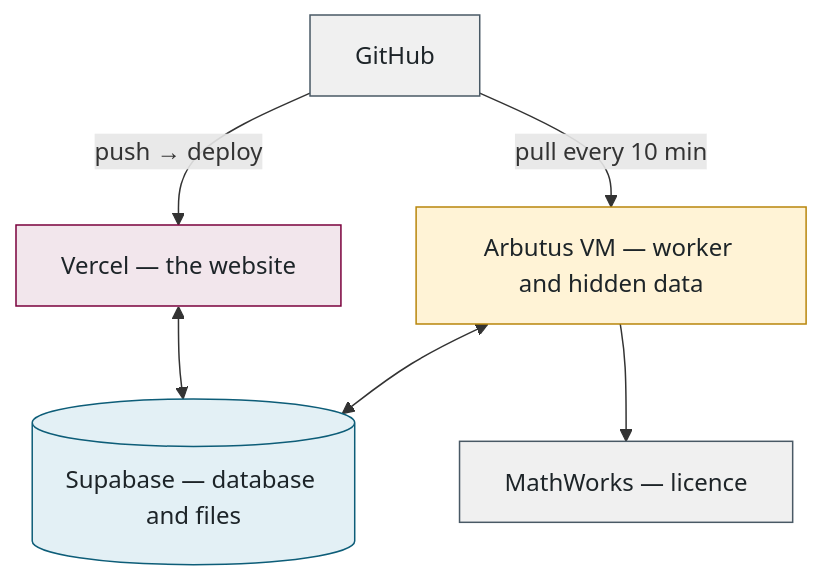
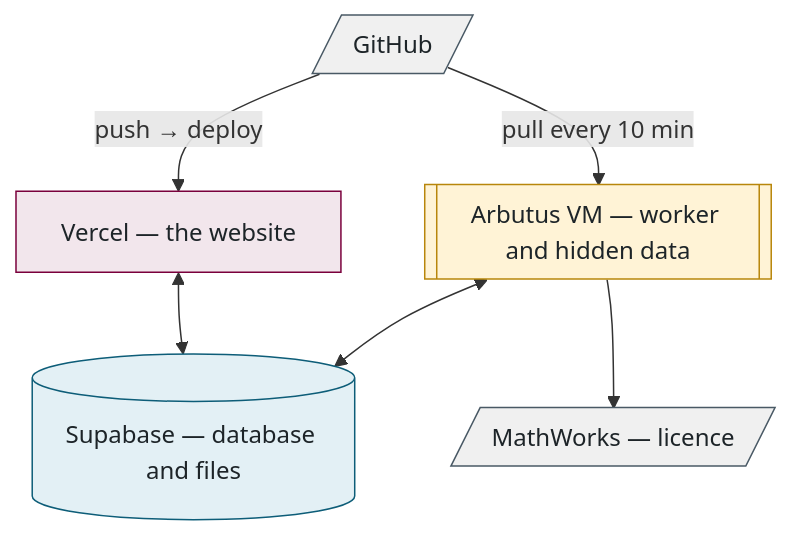
The tenth of 11 diagrams in docs/walkthrough/ALL-IN-ONE.md (McMaster-Battery-Research-Group/battery-soc-benchmark), drawn with Mermaid before and after one commit. The commit also changed other lines of this file and 46 other files, not shown here.

````diff
--- a/docs/walkthrough/ALL-IN-ONE.md
+++ b/docs/walkthrough/ALL-IN-ONE.md
@@ -478,16 +481,16 @@
 ```mermaid
 flowchart TB
-    G["GitHub"] -- "push → deploy" --> V["Vercel — the website"]
-    G -- "pull every 10 min" --> M["Arbutus VM — worker and hidden data"]
+    G[/"GitHub"/] -- "push → deploy" --> V["Vercel — the website"]
+    G -- "pull every 10 min" --> M[["Arbutus VM — worker and hidden data"]]
     V <--> S[("Supabase — database and files")]
     M <--> S
-    M --> L["MathWorks — licence"]
+    M --> L[/"MathWorks — licence"/]
     classDef ext fill:#F0F0F0,stroke:#495965,color:#1d2428
     classDef web fill:#F2E6EC,stroke:#7A003C,color:#1d2428
     classDef worker fill:#FFF3D6,stroke:#B8860B,color:#1d2428
     classDef data fill:#E3F0F5,stroke:#0D5D78,color:#1d2428
     class G,L ext
     class V web
     class M worker
     class S data
 ```
````
